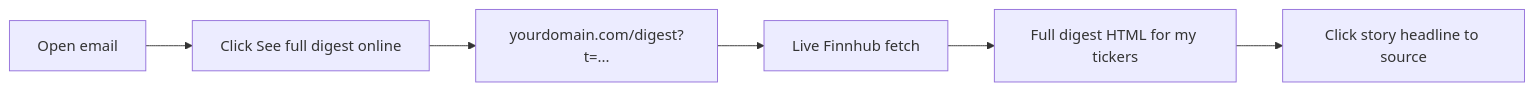
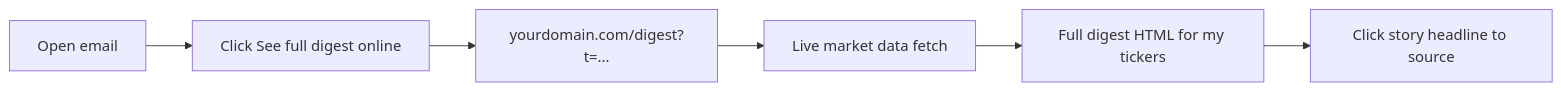
One commit to parasdhawan17/daily-digest changed the second of 3 diagrams in documents/product-requirements.md. Above: the diagram before and after it, drawn with Mermaid. The commit also changed other lines of this file and 35 other files, not shown here.

````diff
--- a/documents/product-requirements.md
+++ b/documents/product-requirements.md
@@ -100,8 +100,8 @@
 ```mermaid
 flowchart LR
   A[Open email] --> B[Click See full digest online]
   B --> C[yourdomain.com/digest?t=...]
-  C --> D[Live Finnhub fetch]
+  C --> D[Live market data fetch]
   D --> E[Full digest HTML for my tickers]
   E --> F[Click story headline to source]
 ```
````
